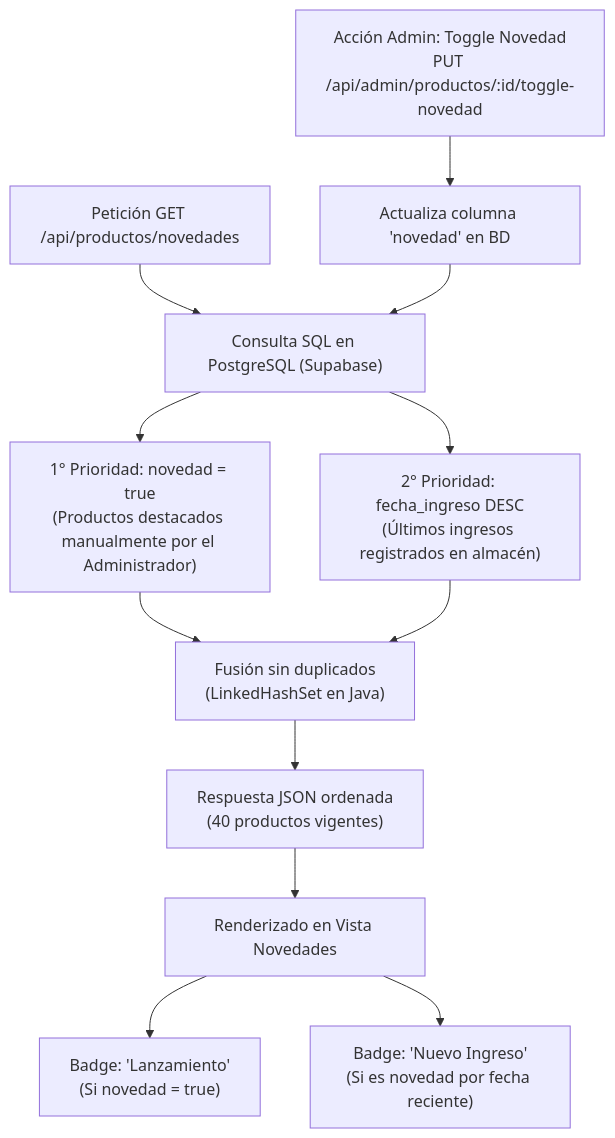
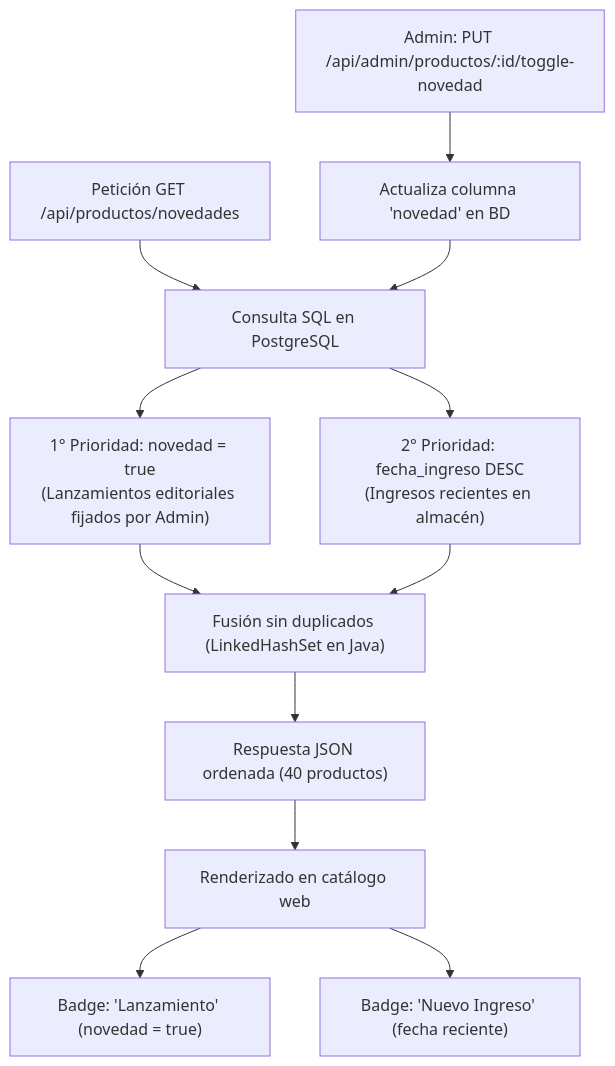
One commit to MrCarlos17A/TechZone changed the third of 9 diagrams in README.md. Above: the diagram before and after it, drawn with Mermaid. The commit also changed other lines of this file, not shown here.

Commit message:
docs: correción de los diagramas del README

````diff
--- a/README.md
+++ b/README.md
@@ -193,19 +212,19 @@
 ```mermaid
 flowchart TD
-    START["Petición GET /api/productos/novedades"] --> QUERY["Consulta SQL en PostgreSQL (Supabase)"]
+    REQ["Petición GET /api/productos/novedades"] --> DB_QUERY["Consulta SQL en PostgreSQL"]
     
-    QUERY --> COND1["1° Prioridad: novedad = true<br/>(Productos destacados manualmente por el Administrador)"]
-    QUERY --> COND2["2° Prioridad: fecha_ingreso DESC<br/>(Últimos ingresos registrados en almacén)"]
+    DB_QUERY --> P1["1° Prioridad: novedad = true<br/>(Lanzamientos editoriales fijados por Admin)"]
+    DB_QUERY --> P2["2° Prioridad: fecha_ingreso DESC<br/>(Ingresos recientes en almacén)"]
     
-    COND1 --> MERGE["Fusión sin duplicados<br/>(LinkedHashSet en Java)"]
-    COND2 --> MERGE
+    P1 --> FUSION["Fusión sin duplicados (LinkedHashSet en Java)"]
+    P2 --> FUSION
     
-    MERGE --> JSON["Respuesta JSON ordenada<br/>(40 productos vigentes)"]
-    JSON --> UI["Renderizado en Vista Novedades"]
+    FUSION --> RESPONSE["Respuesta JSON ordenada (40 productos)"]
+    RESPONSE --> RENDER["Renderizado en catálogo web"]
     
-    UI --> B1["Badge: 'Lanzamiento'<br/>(Si novedad = true)"]
-    UI --> B2["Badge: 'Nuevo Ingreso'<br/>(Si es novedad por fecha reciente)"]
+    RENDER --> BADGE1["Badge: 'Lanzamiento' (novedad = true)"]
+    RENDER --> BADGE2["Badge: 'Nuevo Ingreso' (fecha reciente)"]
     
-    ADMIN["Acción Admin: Toggle Novedad<br/>PUT /api/admin/productos/:id/toggle-novedad"] --> BD_UPDATE["Actualiza columna 'novedad' en BD"]
-    BD_UPDATE --> QUERY
+    ADMIN_TOGGLE["Admin: PUT /api/admin/productos/:id/toggle-novedad"] --> UPDATE_BD["Actualiza columna 'novedad' en BD"]
+    UPDATE_BD --> DB_QUERY
 ```
````
